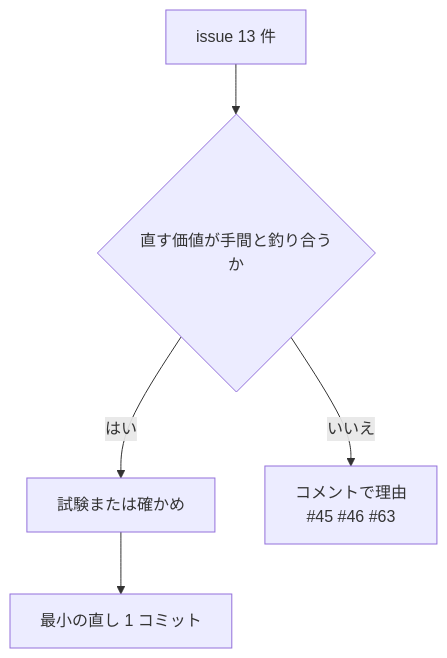
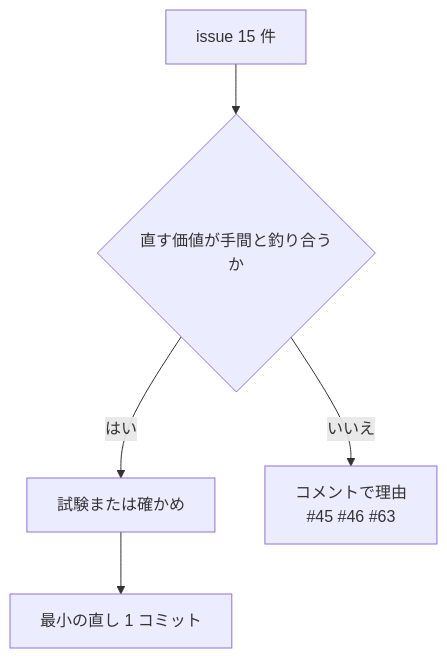
Before and after one commit to asari300/20261018_GlobeMode: the diagram in doc/sessions/S226-audit-fixes-3/解説書.md, drawn with Mermaid. The commit also changed other lines of this file and 6 other files, not shown here.

````diff
--- a/doc/sessions/S226-audit-fixes-3/解説書.md
+++ b/doc/sessions/S226-audit-fixes-3/解説書.md
@@ -47,7 +49,7 @@
 ```mermaid
 flowchart TD
-  I[issue 13 件] --> V{直す価値が手間と釣り合うか}
+  I[issue 15 件] --> V{直す価値が手間と釣り合うか}
   V -- はい --> T[試験または確かめ]
   T --> F[最小の直し 1 コミット]
   V -- いいえ --> C["コメントで理由<br/>#45 #46 #63"]
 ```
````
